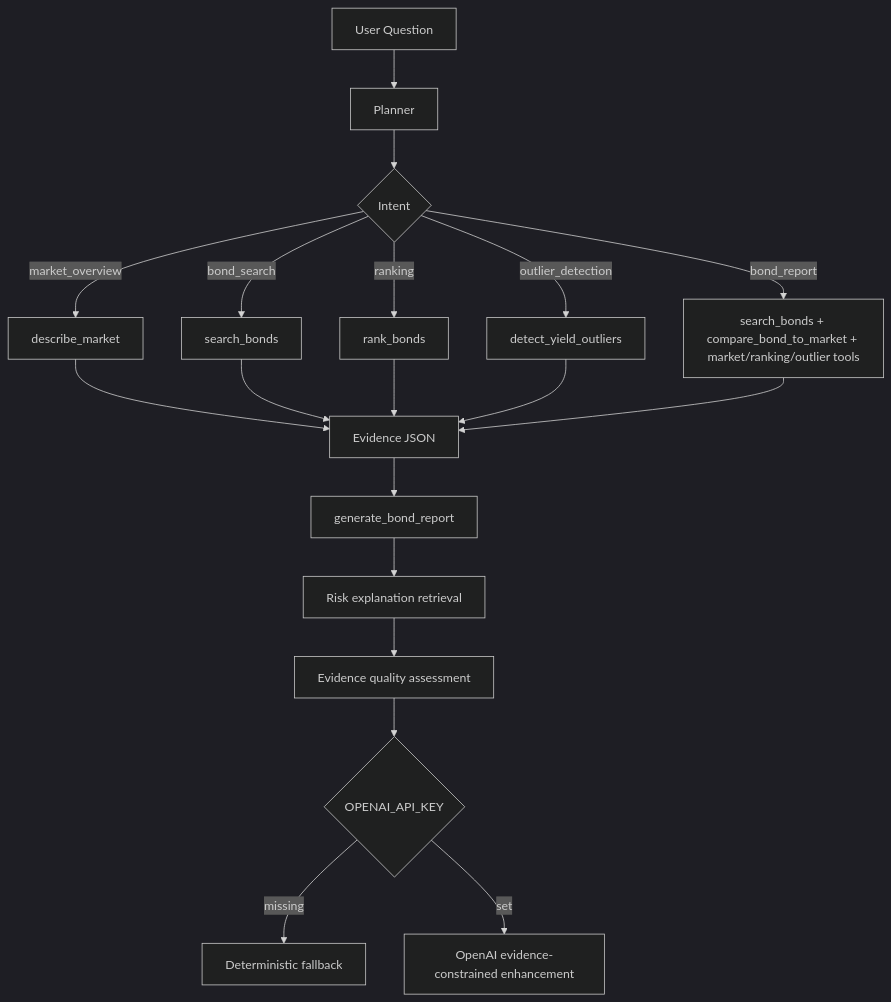
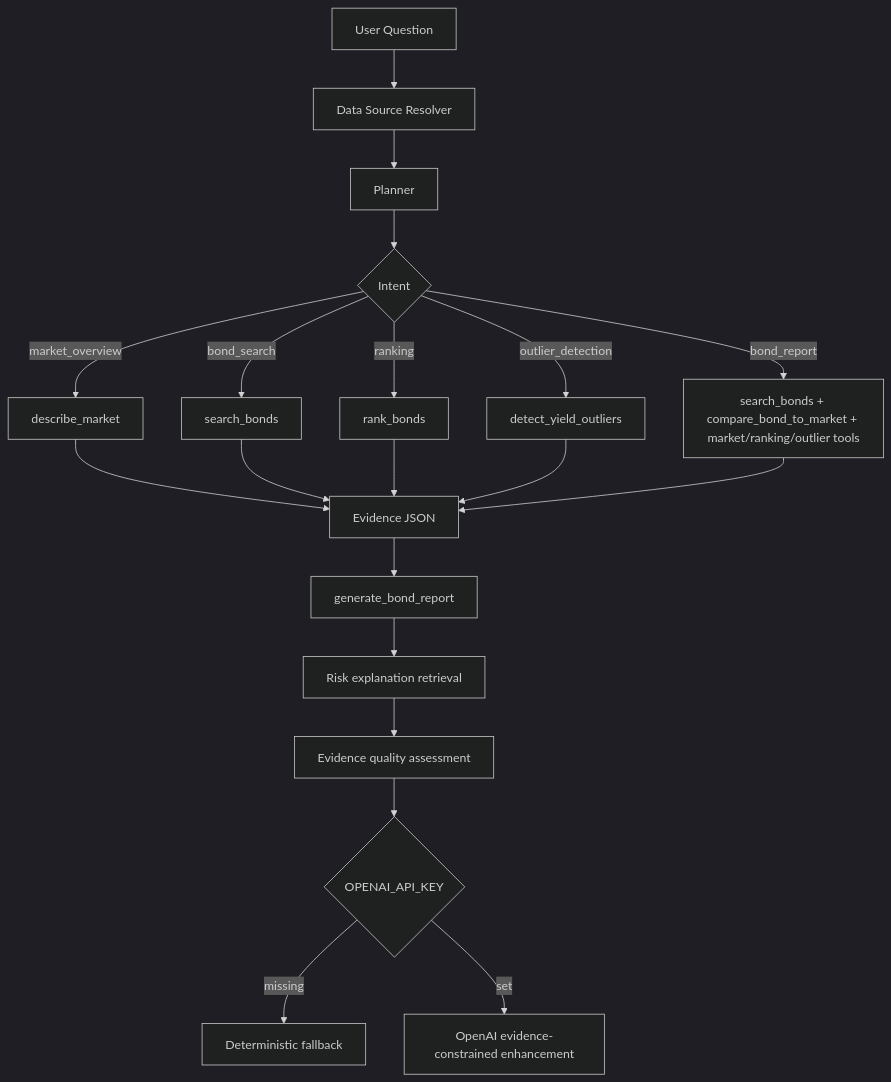
The diagram in README.md (Phoenix0531-sudo/bondlens-ai), drawn with Mermaid (dark theme) before and after one commit. The commit also changed other lines of this file and 18 other files, not shown here.

Commit message:
Add live AkShare bond data source

````diff
--- a/README.md
+++ b/README.md
@@ -63,21 +66,22 @@
 ```mermaid
 flowchart TD
-    A[User Question] --> B[Planner]
-    B --> C{Intent}
-    C -->|market_overview| D[describe_market]
-    C -->|bond_search| E[search_bonds]
-    C -->|ranking| F[rank_bonds]
-    C -->|outlier_detection| G[detect_yield_outliers]
-    C -->|bond_report| H[search_bonds + compare_bond_to_market + market/ranking/outlier tools]
-    D --> I[Evidence JSON]
-    E --> I
-    F --> I
-    G --> I
-    H --> I
-    I --> J[generate_bond_report]
-    J --> K[Risk explanation retrieval]
-    K --> L[Evidence quality assessment]
-    L --> M{OPENAI_API_KEY}
-    M -->|missing| N[Deterministic fallback]
-    M -->|set| O[OpenAI evidence-constrained enhancement]
+    A[User Question] --> B[Data Source Resolver]
+    B --> C[Planner]
+    C --> D{Intent}
+    D -->|market_overview| E[describe_market]
+    D -->|bond_search| F[search_bonds]
+    D -->|ranking| G[rank_bonds]
+    D -->|outlier_detection| H[detect_yield_outliers]
+    D -->|bond_report| I[search_bonds + compare_bond_to_market + market/ranking/outlier tools]
+    E --> J[Evidence JSON]
+    F --> J
+    G --> J
+    H --> J
+    I --> J
+    J --> K[generate_bond_report]
+    K --> L[Risk explanation retrieval]
+    L --> M[Evidence quality assessment]
+    M --> N{OPENAI_API_KEY}
+    N -->|missing| O[Deterministic fallback]
+    N -->|set| P[OpenAI evidence-constrained enhancement]
 ```
````
